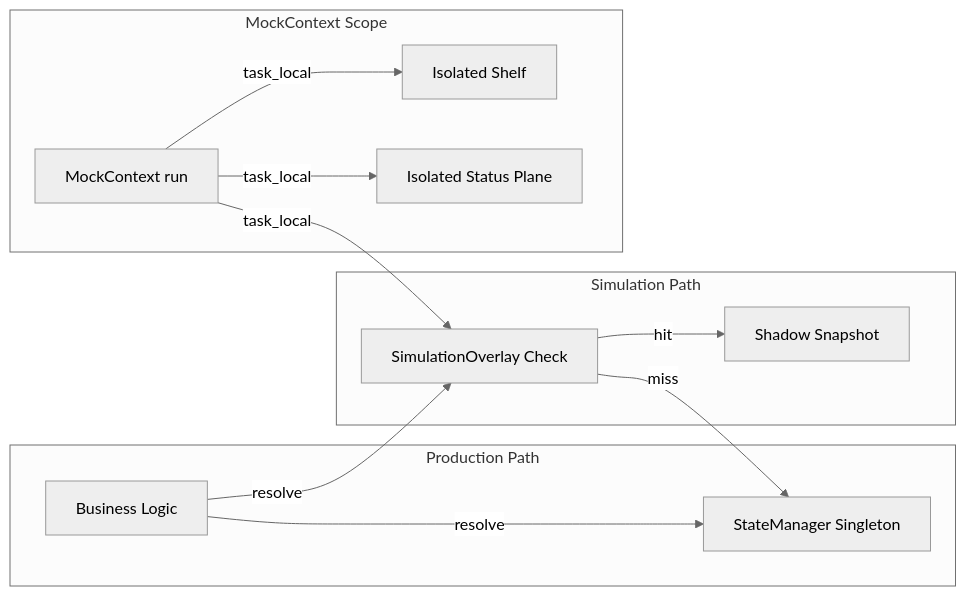
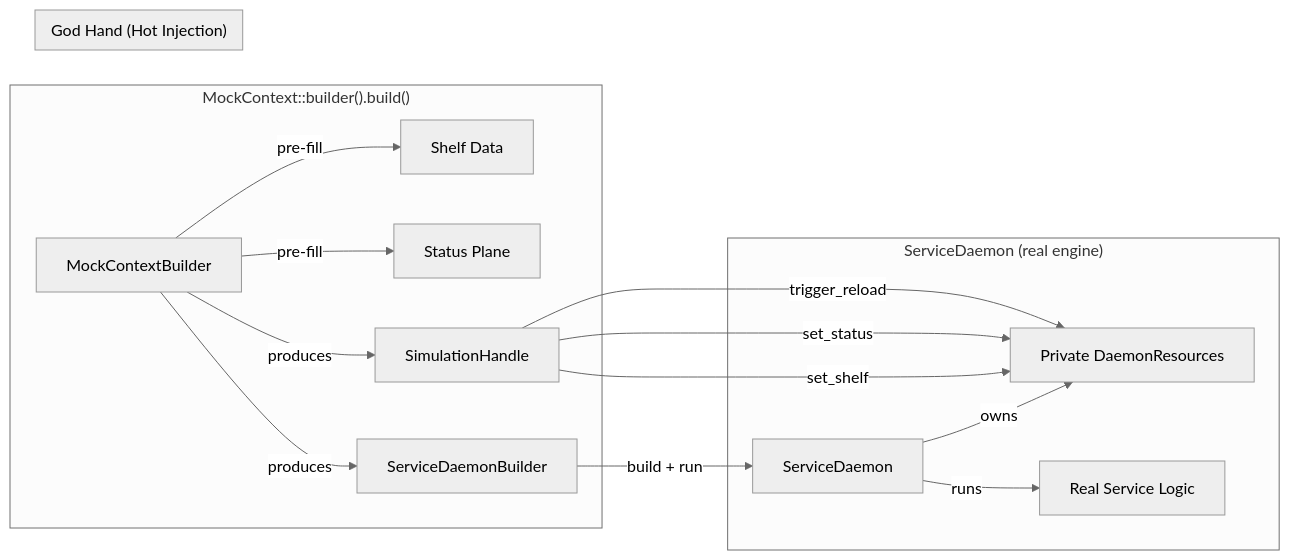
The second of 2 diagrams in docs/architecture/internal-overview.md (loft-games/service-daemon-rs), drawn with Mermaid (neutral theme) before and after one commit. The commit also changed other lines of this file and 8 other files, not shown here.

Commit message:
feat: Reconstruct the simulation layer to perform dynamic intervention using `SimulationHandle`, and remove the direct simulation check in `Provided::resolve`, thereby enabling end-to-end testing of the real service.

````diff
--- a/docs/architecture/internal-overview.md
+++ b/docs/architecture/internal-overview.md
@@ -83,18 +83,21 @@
 ```mermaid
 graph LR
-    subgraph Production_Path ["Production Path"]
-        App["Business Logic"] -->|resolve| SM["StateManager Singleton"]
+    subgraph MockContext_Setup ["MockContext::builder().build()"]
+        MC["MockContextBuilder"] -->|pre-fill| Shelf["Shelf Data"]
+        MC -->|pre-fill| Status["Status Plane"]
+        MC -->|produces| Builder["ServiceDaemonBuilder"]
+        MC -->|produces| Handle["SimulationHandle"]
     end
 
-    subgraph Simulation_Path ["Simulation Path"]
-        App -->|resolve| SO["SimulationOverlay Check"]
-        SO -->|hit| Mock["Shadow Snapshot"]
-        SO -->|miss| SM
+    subgraph Daemon_Execution ["ServiceDaemon (real engine)"]
+        Builder -->|build + run| SD["ServiceDaemon"]
+        SD -->|owns| Resources["Private DaemonResources"]
+        SD -->|runs| RealSvc["Real Service Logic"]
     end
 
-    subgraph MockContext_Scope ["MockContext Scope"]
-        MC["MockContext run"] -->|task_local| SO
-        MC -->|task_local| Shelf["Isolated Shelf"]
-        MC -->|task_local| Status["Isolated Status Plane"]
+    subgraph God_Hand ["God Hand (Hot Injection)"]
+        Handle -->|set_shelf| Resources
+        Handle -->|set_status| Resources
+        Handle -->|trigger_reload| Resources
     end
 ```
````
